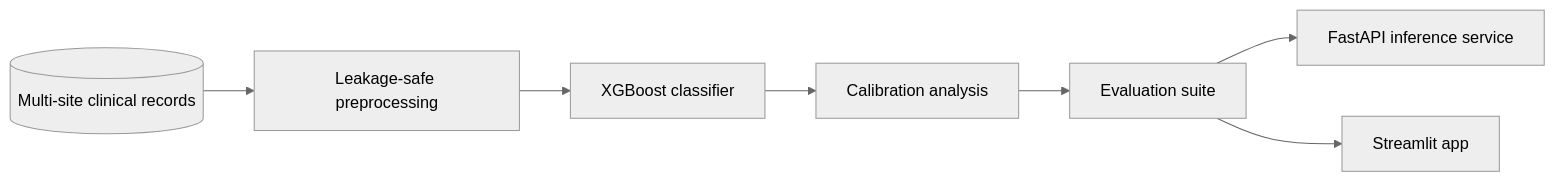
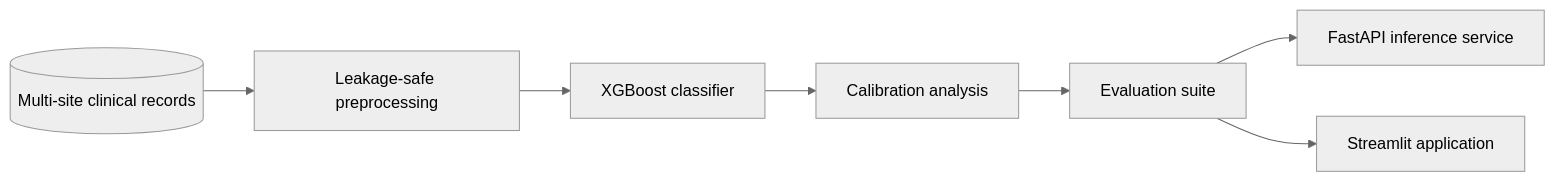
Before and after one commit to rj1230/machine-learning-portfolio: the second of 2 diagrams in README.md, drawn with Mermaid (neutral theme). The commit also changed other lines of this file, not shown here.

````diff
--- a/README.md
+++ b/README.md
@@ -91,9 +91,9 @@
 ```mermaid
 flowchart LR
     A[(Multi-site clinical records)] --> B[Leakage-safe preprocessing]
     B --> C[XGBoost classifier]
     C --> D[Calibration analysis]
     D --> E[Evaluation suite]
     E --> F[FastAPI inference service]
-    E --> G[Streamlit app]
+    E --> G[Streamlit application]
 ```
````
